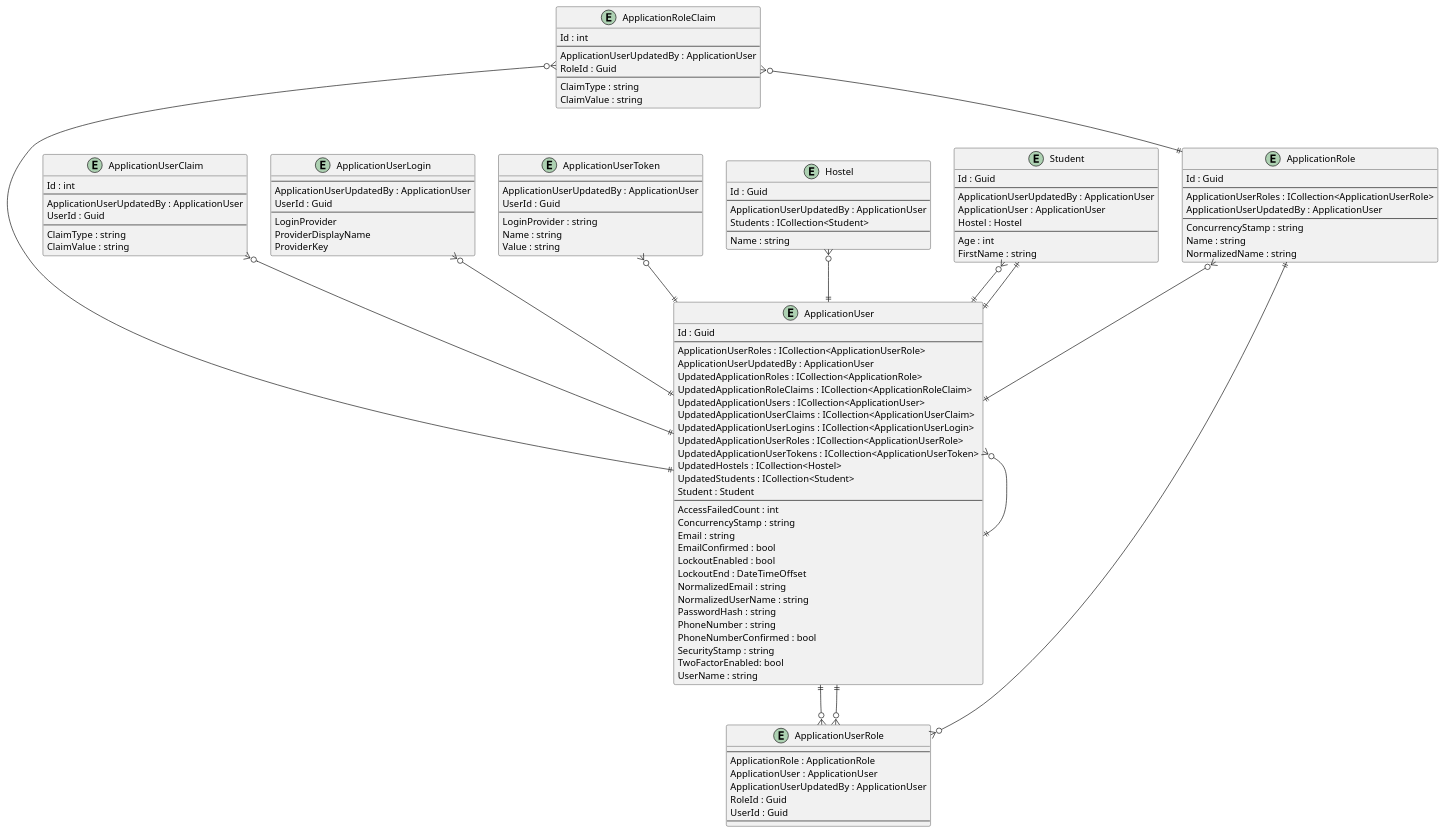
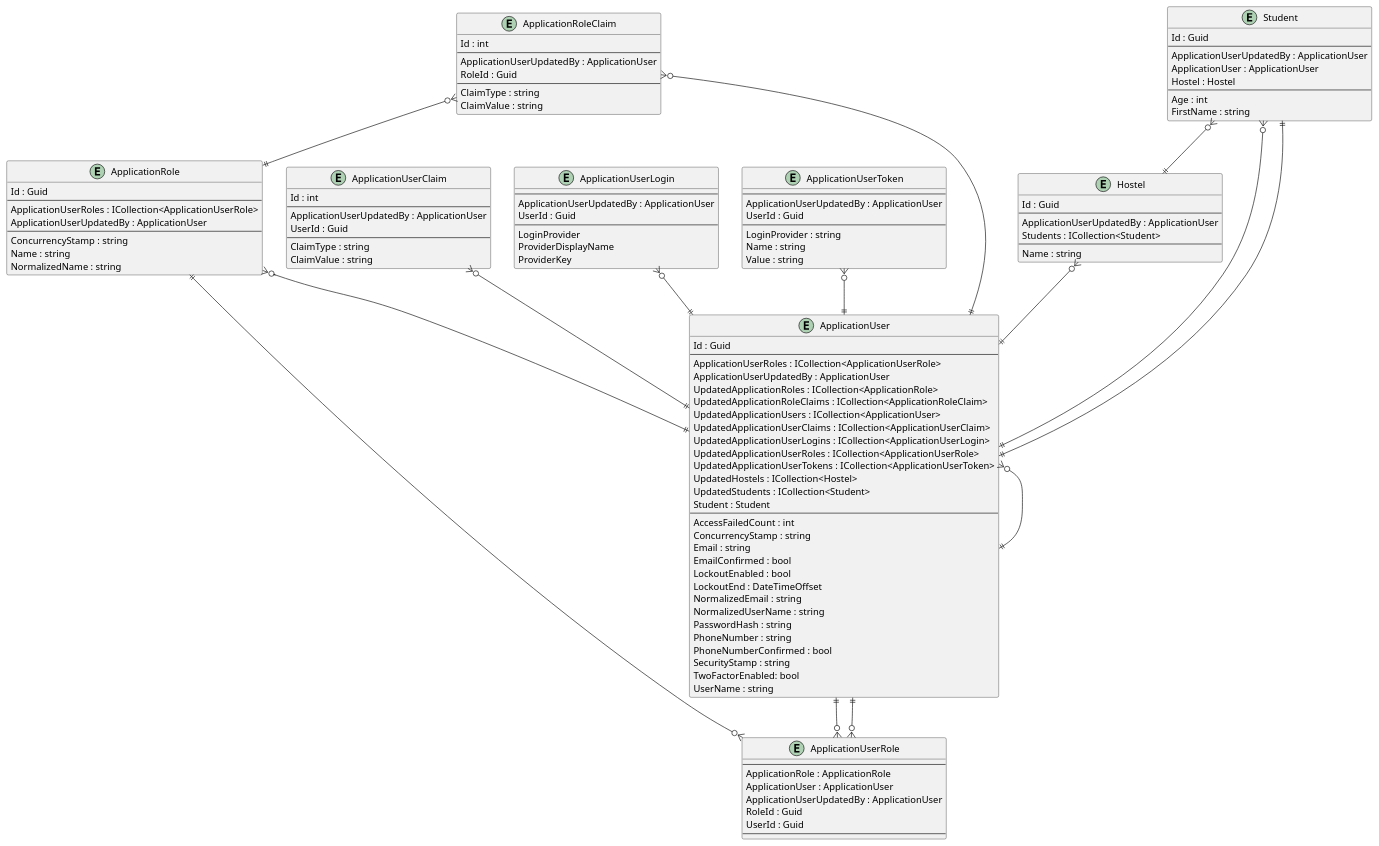
One commit to intrepion/https-code-maze.com-csharp-create-better-looking-console-applications-with-spectre-console- changed the diagram in .docs/HostelStudents.pu. Above: the diagram before and after it, drawn with PlantUML.

Commit message:
gawk -i inplace "{ gsub(/' RelationshipCodePlaceholder/, \"Student }o--|| Hostel\n' RelationshipCodePlaceholder\") }; { print }" .docs/HostelStudents.pu

```diff
--- a/.docs/HostelStudents.pu
+++ b/.docs/HostelStudents.pu
@@ -1,139 +1,140 @@
 @startuml
 
 entity ApplicationRole {
     Id : Guid
     --
     ApplicationUserRoles : ICollection<ApplicationUserRole>
     ApplicationUserUpdatedBy : ApplicationUser
     --
     ConcurrencyStamp : string
     Name : string
     NormalizedName : string
 }
 
 entity ApplicationRoleClaim {
     Id : int
     --
     ApplicationUserUpdatedBy : ApplicationUser
     RoleId : Guid
     --
     ClaimType : string
     ClaimValue : string
 }
 
 entity ApplicationUser {
     Id : Guid
     --
     ApplicationUserRoles : ICollection<ApplicationUserRole>
     ApplicationUserUpdatedBy : ApplicationUser
     UpdatedApplicationRoles : ICollection<ApplicationRole>
     UpdatedApplicationRoleClaims : ICollection<ApplicationRoleClaim>
     UpdatedApplicationUsers : ICollection<ApplicationUser>
     UpdatedApplicationUserClaims : ICollection<ApplicationUserClaim>
     UpdatedApplicationUserLogins : ICollection<ApplicationUserLogin>
     UpdatedApplicationUserRoles : ICollection<ApplicationUserRole>
     UpdatedApplicationUserTokens : ICollection<ApplicationUserToken>
     UpdatedHostels : ICollection<Hostel>
     UpdatedStudents : ICollection<Student>
     Student : Student
     ' ApplicationUserKeyCodePlaceholder
     --
     AccessFailedCount : int
     ConcurrencyStamp : string
     Email : string
     EmailConfirmed : bool
     LockoutEnabled : bool
     LockoutEnd : DateTimeOffset
     NormalizedEmail : string
     NormalizedUserName : string
     PasswordHash : string
     PhoneNumber : string
     PhoneNumberConfirmed : bool
     SecurityStamp : string
     TwoFactorEnabled: bool
     UserName : string
 }
 
 entity ApplicationUserClaim {
     Id : int
     --
     ApplicationUserUpdatedBy : ApplicationUser
     UserId : Guid
     --
     ClaimType : string
     ClaimValue : string
 }
 
 entity ApplicationUserLogin {
     --
     ApplicationUserUpdatedBy : ApplicationUser
     UserId : Guid
     --
     LoginProvider
     ProviderDisplayName
     ProviderKey
 }
 
 entity ApplicationUserRole {
     --
     ApplicationRole : ApplicationRole
     ApplicationUser : ApplicationUser
     ApplicationUserUpdatedBy : ApplicationUser
     RoleId : Guid
     UserId : Guid
     --
 }
 
 entity ApplicationUserToken {
     --
     ApplicationUserUpdatedBy : ApplicationUser
     UserId : Guid
     --
     LoginProvider : string
     Name : string
     Value : string
 }
 
 entity Hostel {
     Id : Guid
     --
     ApplicationUserUpdatedBy : ApplicationUser
     Students : ICollection<Student>
     ' HostelKeyCodePlaceholder
     --
     Name : string
     ' HostelPropertyCodePlaceholder
 }
 
 entity Student {
     Id : Guid
     --
     ApplicationUserUpdatedBy : ApplicationUser
     ApplicationUser : ApplicationUser
     Hostel : Hostel
     ' StudentKeyCodePlaceholder
     --
     Age : int
     FirstName : string
     ' StudentPropertyCodePlaceholder
 }
 
 ' EntityCodePlaceholder
 
 ApplicationRole ||--o{ ApplicationUserRole
 ApplicationRole }o--|| ApplicationUser
 ApplicationRoleClaim }o--|| ApplicationRole
 ApplicationRoleClaim }o--|| ApplicationUser
 ApplicationUser }o--|| ApplicationUser
 ApplicationUser ||--o{ ApplicationUserRole
 ApplicationUserClaim }o--|| ApplicationUser
 ApplicationUserLogin }o--|| ApplicationUser
 ApplicationUserRole }o--|| ApplicationUser
 ApplicationUserToken }o--|| ApplicationUser
 
 Hostel }o--|| ApplicationUser
 Student }o--|| ApplicationUser
 Student ||--|| ApplicationUser
+Student }o--|| Hostel
 ' RelationshipCodePlaceholder
 
 @enduml
```
